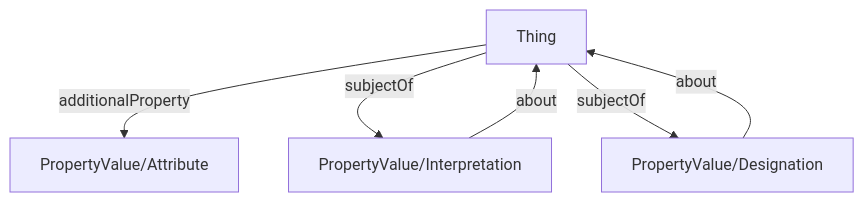
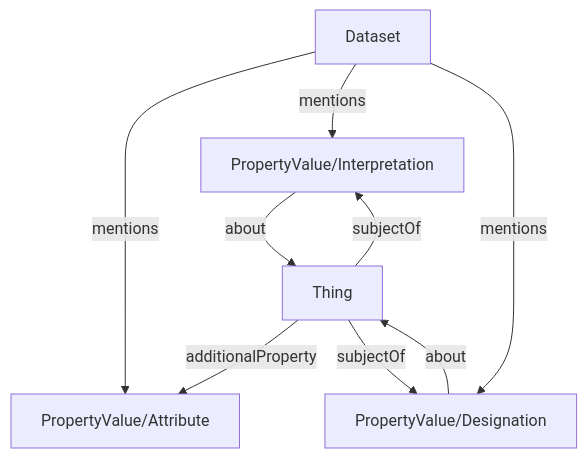
Before and after one commit to nfdi4plants/arc-ro-crate-profile: the diagram in docs/profiles/0.1/semantic_designation/index.md, drawn with Mermaid. The commit also changed other lines of this file, not shown here.

````diff
--- a/docs/profiles/0.1/semantic_designation/index.md
+++ b/docs/profiles/0.1/semantic_designation/index.md
@@ -50,17 +51,23 @@
 ```mermaid
 flowchart TD
+
+dataset[Dataset]
 
 thing[Thing]
 
 propAttr[PropertyValue/Attribute]
 propInt[PropertyValue/Interpretation]
 propDes[PropertyValue/Designation]
 
 thing --additionalProperty--> propAttr
 
 thing --subjectOf--> propInt
 thing --subjectOf--> propDes
 propInt --about--> thing
 propDes --about--> thing
 
+dataset --mentions--> propAttr
+dataset --mentions--> propInt
+dataset --mentions--> propDes
+
 ```
````
